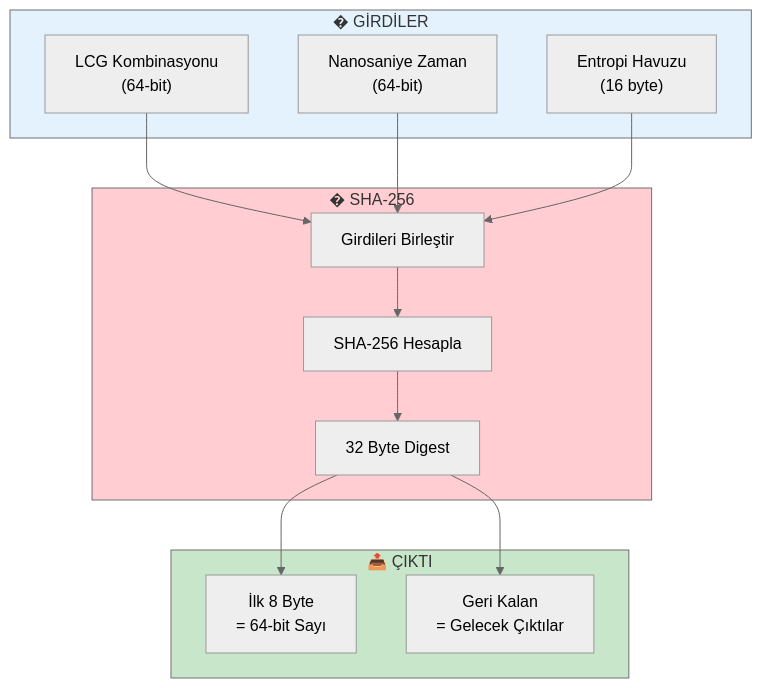
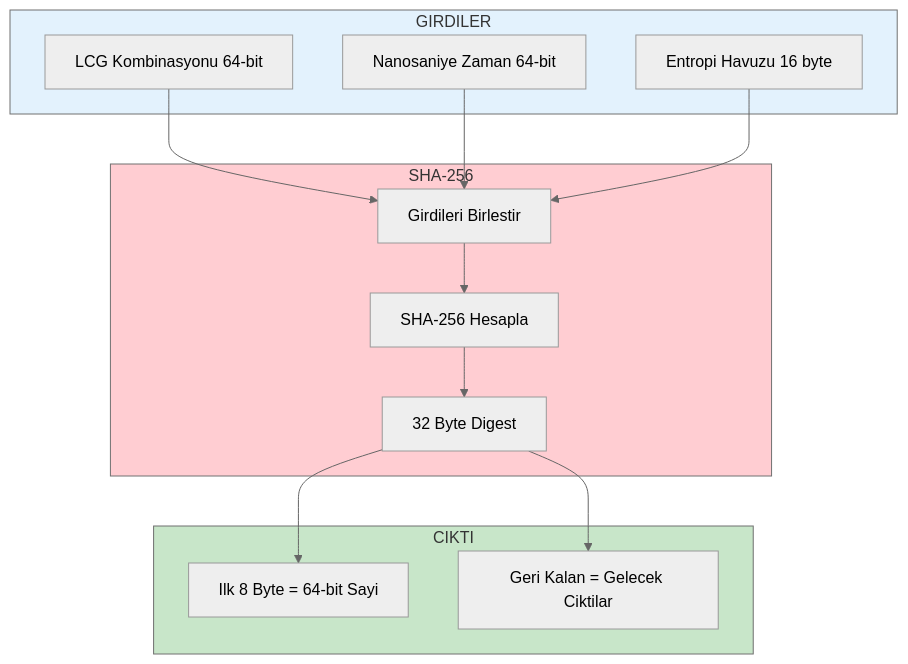
Before and after one commit to Samet230/Rastgele_Sayi_Ureteci: the fifth of 9 diagrams in docs/FLOWCHART.md, drawn with Mermaid (neutral theme). The commit also changed other lines of this file, not shown here.

Commit message:
fix: Mermaid syntax duzeltildi - GitHub uyumlulugu

````diff
--- a/docs/FLOWCHART.md
+++ b/docs/FLOWCHART.md
@@ -179,31 +179,31 @@
 ```mermaid
 flowchart TD
-    subgraph INPUT["� GİRDİLER"]
-        I1["LCG Kombinasyonu<br/>(64-bit)"]
-        I2["Nanosaniye Zaman<br/>(64-bit)"]
-        I3["Entropi Havuzu<br/>(16 byte)"]
+    subgraph INPUT["GIRDILER"]
+        I1["LCG Kombinasyonu 64-bit"]
+        I2["Nanosaniye Zaman 64-bit"]
+        I3["Entropi Havuzu 16 byte"]
     end
     
-    subgraph HASH["� SHA-256"]
-        H1["Girdileri Birleştir"]
+    subgraph HASH["SHA-256"]
+        H1["Girdileri Birlestir"]
         H2["SHA-256 Hesapla"]
         H3["32 Byte Digest"]
     end
     
-    subgraph OUTPUT["📤 ÇIKTI"]
-        O1["İlk 8 Byte<br/>= 64-bit Sayı"]
-        O2["Geri Kalan<br/>= Gelecek Çıktılar"]
+    subgraph OUTPUT["CIKTI"]
+        O1["Ilk 8 Byte = 64-bit Sayi"]
+        O2["Geri Kalan = Gelecek Ciktilar"]
     end
     
     I1 --> H1
     I2 --> H1
     I3 --> H1
     H1 --> H2
     H2 --> H3
     H3 --> O1
     H3 --> O2
     
     style INPUT fill:#e3f2fd
     style HASH fill:#ffcdd2
     style OUTPUT fill:#c8e6c9
 ```
````
